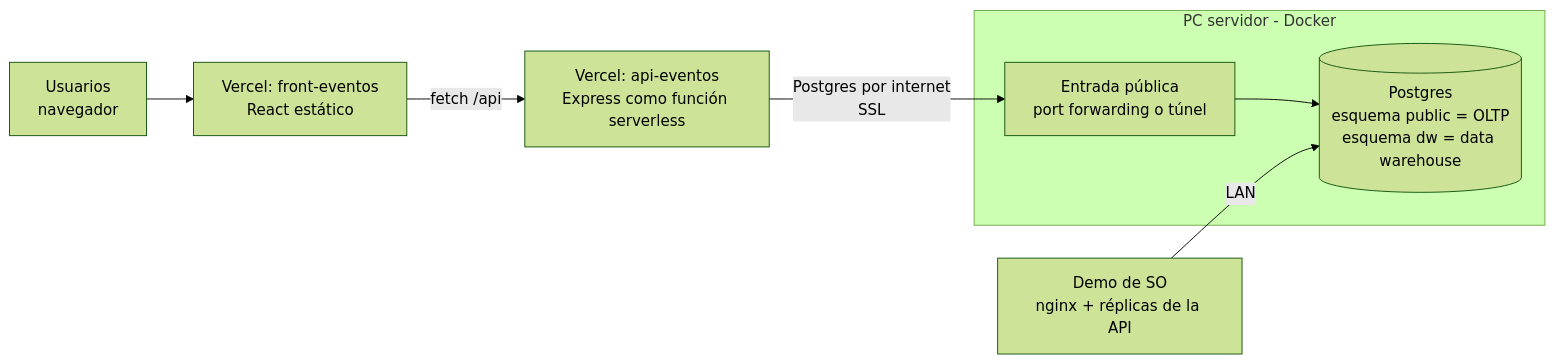
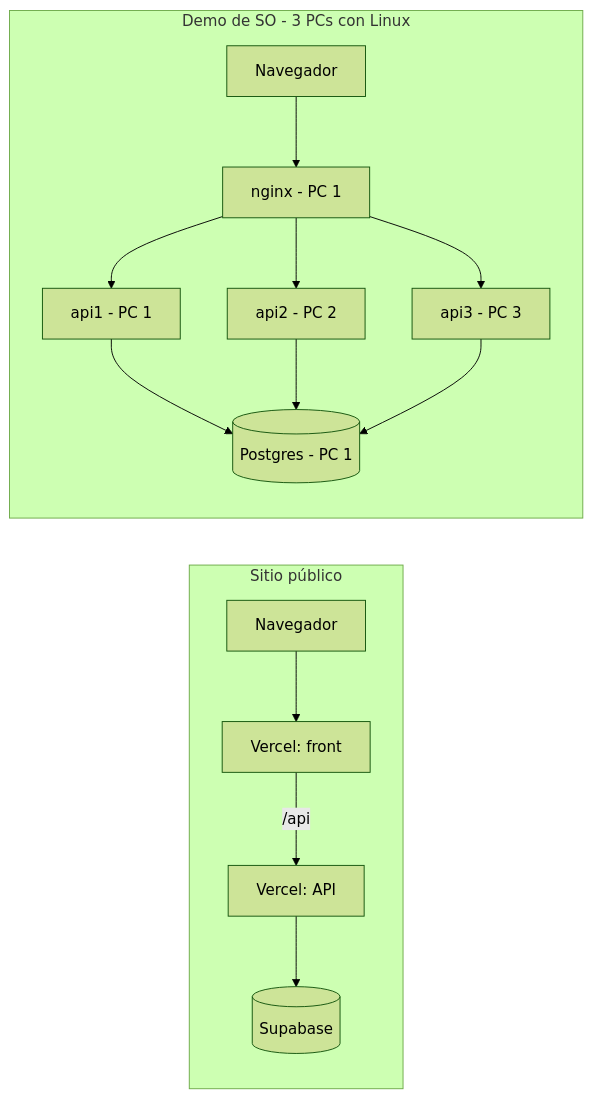
Before and after one commit to salmaguiarr514/Trabajo-Integrador-Intermaterias-LBZ: the diagram in docs/comun/infraestructura.md, drawn with Mermaid (forest theme). The commit also changed other lines of this file and 6 other files, not shown here.

Commit message:
Docs: demo de SO en Linux con 3 PCs; se descarta exponer el Postgres y migrar de Supabase

````diff
--- a/docs/comun/infraestructura.md
+++ b/docs/comun/infraestructura.md
@@ -10,10 +19,17 @@
 ```mermaid
 flowchart LR
-    U[Usuarios<br/>navegador] --> VF[Vercel: front-eventos<br/>React estático]
-    VF -->|fetch /api| VA[Vercel: api-eventos<br/>Express como función serverless]
-    VA -->|Postgres por internet<br/>SSL| EXP[Entrada pública<br/>port forwarding o túnel]
-    subgraph PCS [PC servidor - Docker]
-        EXP --> DB[(Postgres<br/>esquema public = OLTP<br/>esquema dw = data warehouse)]
+    subgraph Publico [Sitio público]
+        U[Navegador] --> VF[Vercel: front]
+        VF -->|/api| VA[Vercel: API]
+        VA --> SB[(Supabase)]
     end
-    SO[Demo de SO<br/>nginx + réplicas de la API] -->|LAN| DB
+    subgraph Demo [Demo de SO - 3 PCs con Linux]
+        N[Navegador] --> NG[nginx - PC 1]
+        NG --> A1[api1 - PC 1]
+        NG --> A2[api2 - PC 2]
+        NG --> A3[api3 - PC 3]
+        A1 --> DB[(Postgres - PC 1)]
+        A2 --> DB
+        A3 --> DB
+    end
 ```
````
